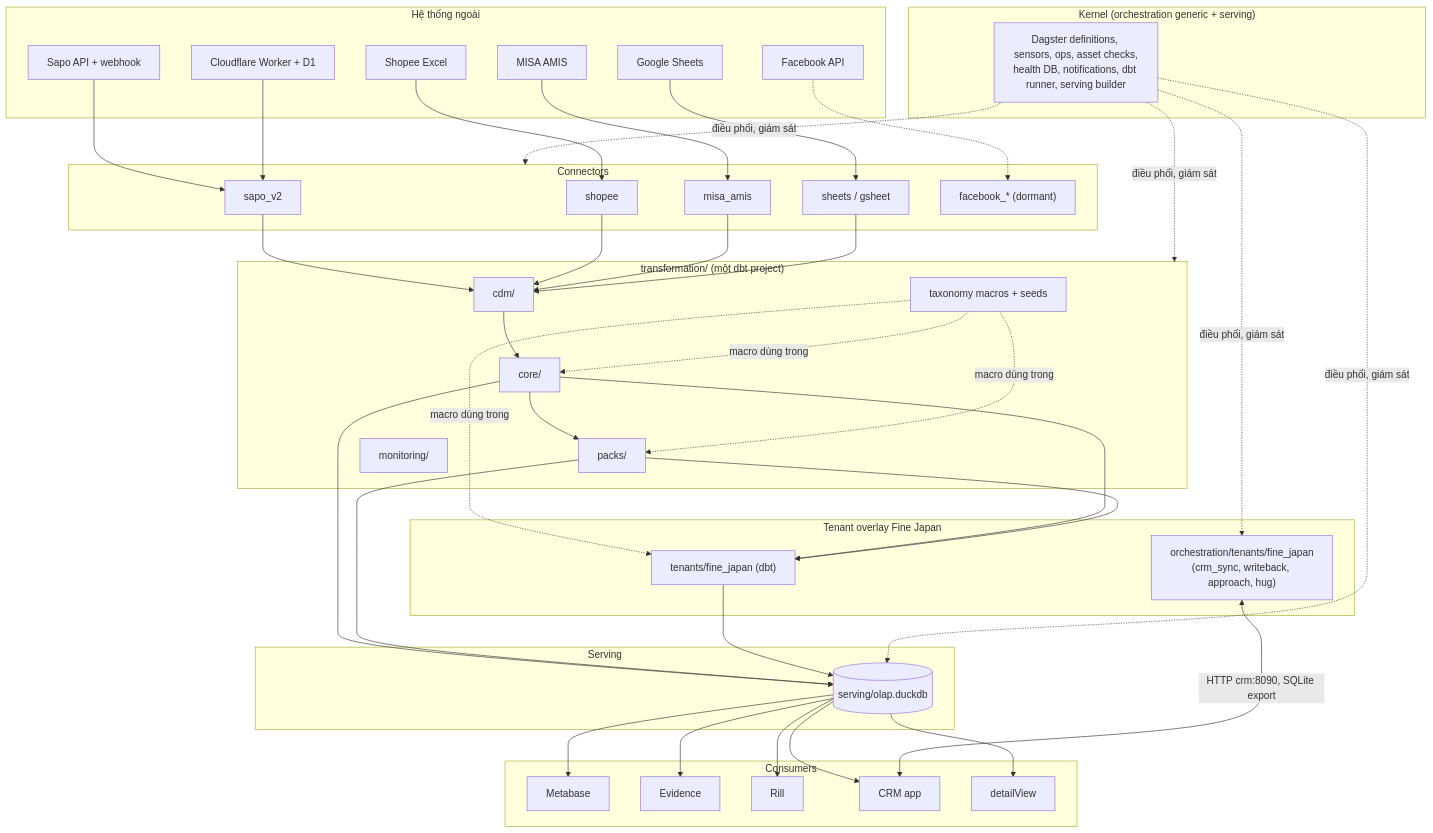
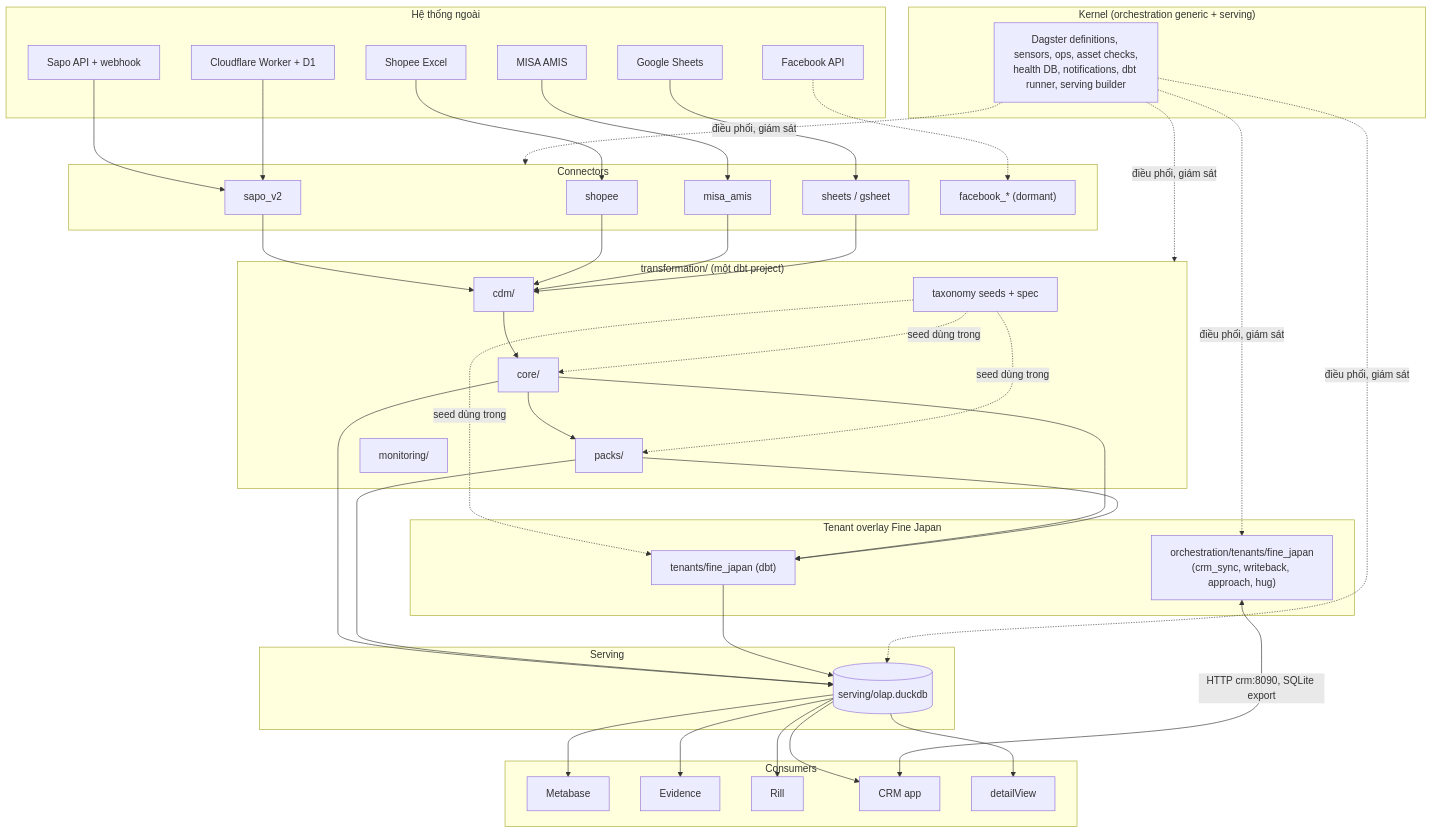
Before and after one commit to vantt/data-integration: the first of 13 diagrams in docs/architecture/modules.md, drawn with Mermaid. The commit also changed other lines of this file and 43 other files, not shown here.

First line of the commit message:
refactor(taxonomy): inventory classification rules and gather their seeds

````diff
--- a/docs/architecture/modules.md
+++ b/docs/architecture/modules.md
@@ -39,56 +40,56 @@
 ```mermaid
 flowchart TB
     subgraph EXT["Hệ thống ngoài"]
         SAPO[Sapo API + webhook]
         CF["Cloudflare Worker + D1"]
         MISA[MISA AMIS]
         SHP[Shopee Excel]
         GS[Google Sheets]
         FB[Facebook API]
     end
     subgraph KERNEL["Kernel (orchestration generic + serving)"]
         K[Dagster definitions, sensors, ops, asset checks,<br/>health DB, notifications, dbt runner, serving builder]
     end
     subgraph CONN["Connectors"]
         C1[sapo_v2]
         C2[shopee]
         C3[misa_amis]
         C4[sheets / gsheet]
         C5["facebook_* (dormant)"]
     end
     subgraph DBT["transformation/ (một dbt project)"]
         CDM[cdm/]
         CORE[core/]
         PACK[packs/]
-        TAX[taxonomy macros + seeds]
+        TAX[taxonomy seeds + spec]
         MON[monitoring/]
     end
     subgraph FJ["Tenant overlay Fine Japan"]
         FJD["tenants/fine_japan (dbt)"]
         FJO["orchestration/tenants/fine_japan<br/>(crm_sync, writeback, approach, hug)"]
     end
     subgraph SRV["Serving"]
         OLAP[(serving/olap.duckdb)]
     end
     subgraph CONS["Consumers"]
         MB[Metabase]
         EV[Evidence]
         RL[Rill]
         CRMAPP[CRM app]
         DV[detailView]
     end
     SAPO --> C1
     CF --> C1
     MISA --> C3
     SHP --> C2
     GS --> C4
     FB -.-> C5
     C1 & C2 & C3 & C4 --> CDM
     CDM --> CORE --> PACK
-    TAX -. "macro dùng trong" .-> CORE & PACK & FJD
+    TAX -. "seed dùng trong" .-> CORE & PACK & FJD
     CORE & PACK --> FJD
     CORE & PACK & FJD --> OLAP
     OLAP --> MB & EV & RL & CRMAPP & DV
     K -. "điều phối, giám sát" .-> CONN & DBT & FJO & OLAP
     FJO <-->|"HTTP crm:8090, SQLite export"| CRMAPP
 ```
````
